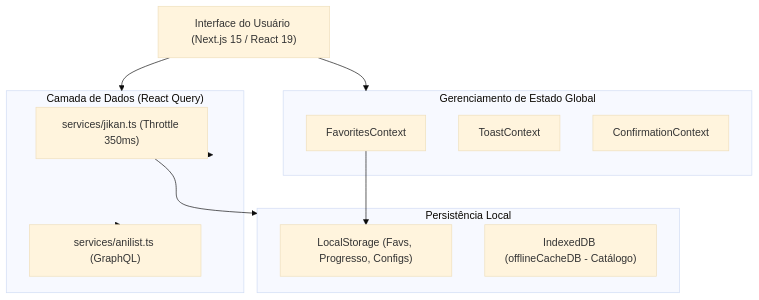
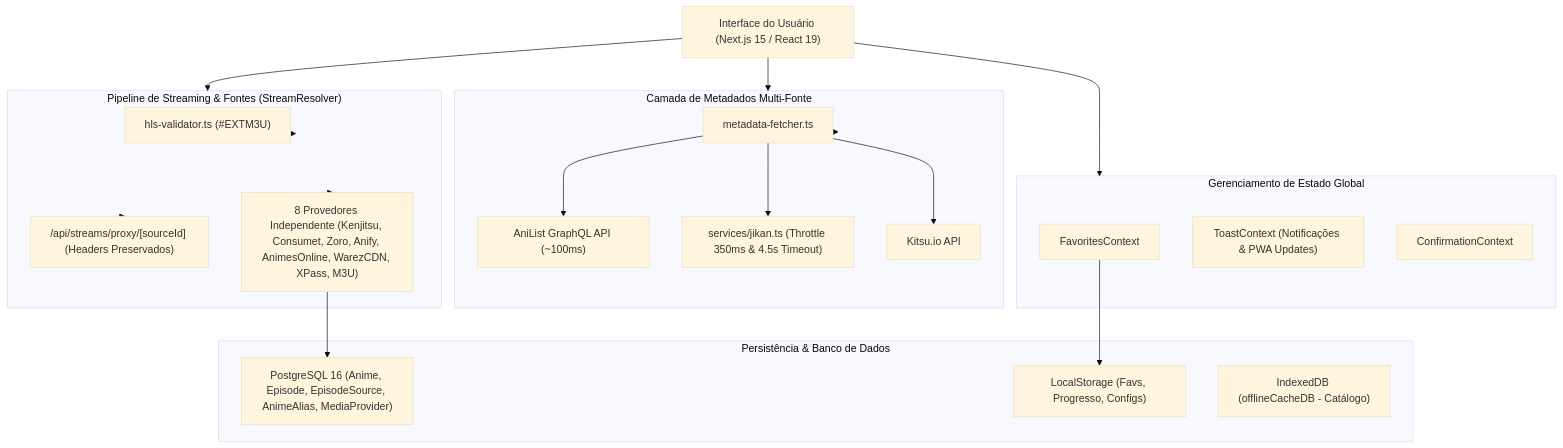
One commit to eosoda/anistream changed the diagram in ARCHITECTURE.md. Above: the diagram before and after it, drawn with Mermaid (base theme). The commit also changed other lines of this file and 5 other files, not shown here.

Commit message:
docs: add technical documentation for project agents, architecture, and core system modules

````diff
--- a/ARCHITECTURE.md
+++ b/ARCHITECTURE.md
@@ -9,27 +9,42 @@
 ```mermaid
 graph TD
     User["Interface do Usuário (Next.js 15 / React 19)"]
     
     subgraph ContextState["Gerenciamento de Estado Global"]
         FavoritesCtx["FavoritesContext"]
-        ToastCtx["ToastContext"]
+        ToastCtx["ToastContext (Notificações & PWA Updates)"]
         ConfirmCtx["ConfirmationContext"]
     end
     
-    subgraph DataFetching["Camada de Dados (React Query)"]
-        JikanSvc["services/jikan.ts (Throttle 350ms)"]
-        AniListSvc["services/anilist.ts (GraphQL)"]
+    subgraph DataFetching["Camada de Metadados Multi-Fonte"]
+        MetaFetcher["metadata-fetcher.ts"]
+        AniListSvc["AniList GraphQL API (~100ms)"]
+        JikanSvc["services/jikan.ts (Throttle 350ms & 4.5s Timeout)"]
+        KitsuSvc["Kitsu.io API"]
     end
     
-    subgraph Storage["Persistência Local"]
+    subgraph StreamingPipeline["Pipeline de Streaming & Fontes (StreamResolver)"]
+        HlsVal["hls-validator.ts (#EXTM3U)"]
+        Proxy["/api/streams/proxy/[sourceId] (Headers Preservados)"]
+        Providers8["8 Provedores Independente (Kenjitsu, Consumet, Zoro, Anify, AnimesOnline, WarezCDN, XPass, M3U)"]
+    end
+    
+    subgraph Storage["Persistência & Banco de Dados"]
+        PostgreSQL["PostgreSQL 16 (Anime, Episode, EpisodeSource, AnimeAlias, MediaProvider)"]
         LS["LocalStorage (Favs, Progresso, Configs)"]
         IDB["IndexedDB (offlineCacheDB - Catálogo)"]
     end
     
     User --> ContextState
     User --> DataFetching
-    DataFetching --> JikanSvc
-    DataFetching --> AniListSvc
-    JikanSvc --> Storage
+    User --> StreamingPipeline
+    DataFetching --> MetaFetcher
+    MetaFetcher --> AniListSvc
+    MetaFetcher --> JikanSvc
+    MetaFetcher --> KitsuSvc
+    StreamingPipeline --> Providers8
+    StreamingPipeline --> HlsVal
+    StreamingPipeline --> Proxy
+    Providers8 --> PostgreSQL
     FavoritesCtx --> LS
 ```
````
